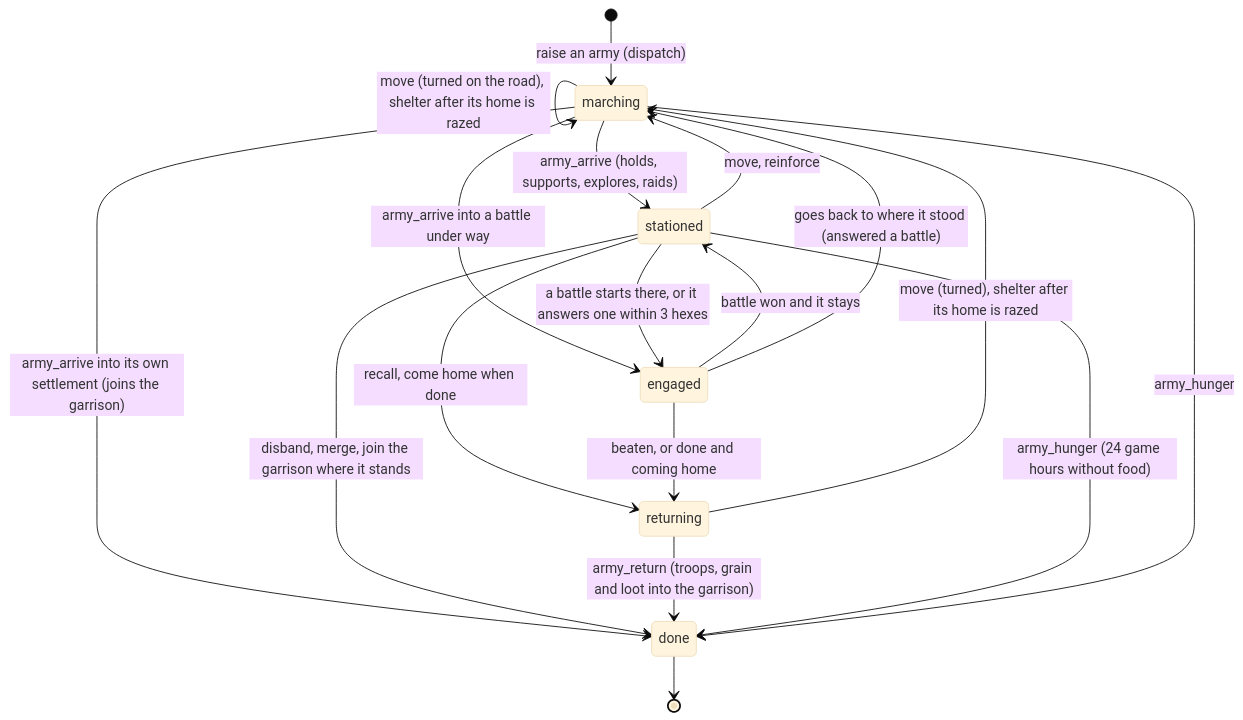
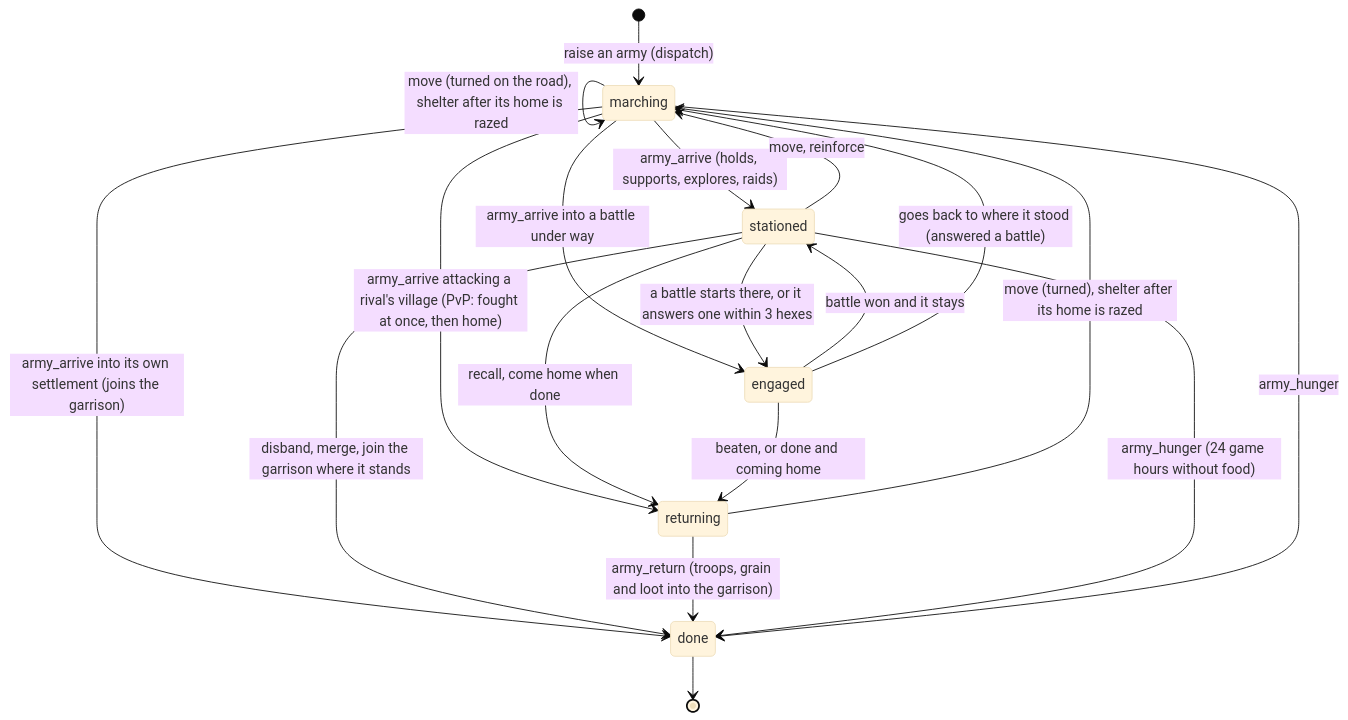
Before and after one commit to wesely1996/slavian: the fourth of 21 diagrams in docs/state-machines.md, drawn with Mermaid (base theme). The commit also changed other lines of this file and 72 other files, not shown here.

````diff
--- a/docs/state-machines.md
+++ b/docs/state-machines.md
@@ -103,20 +105,21 @@
 ```mermaid
 stateDiagram-v2
   [*] --> marching: raise an army (dispatch)
   marching --> stationed: army_arrive (holds, supports, explores, raids)
   marching --> engaged: army_arrive into a battle under way
   marching --> marching: move (turned on the road), shelter after its home is razed
   marching --> done: army_arrive into its own settlement (joins the garrison)
+  marching --> returning: army_arrive attacking a rival's village (PvP: fought at once, then home)
   stationed --> engaged: a battle starts there, or it answers one within 3 hexes
   stationed --> marching: move, reinforce
   stationed --> returning: recall, come home when done
   stationed --> done: disband, merge, join the garrison where it stands
   engaged --> stationed: battle won and it stays
   engaged --> returning: beaten, or done and coming home
   engaged --> marching: goes back to where it stood (answered a battle)
   returning --> marching: move (turned), shelter after its home is razed
   returning --> done: army_return (troops, grain and loot into the garrison)
   stationed --> done: army_hunger (24 game hours without food)
   marching --> done: army_hunger
   done --> [*]
 ```
````
